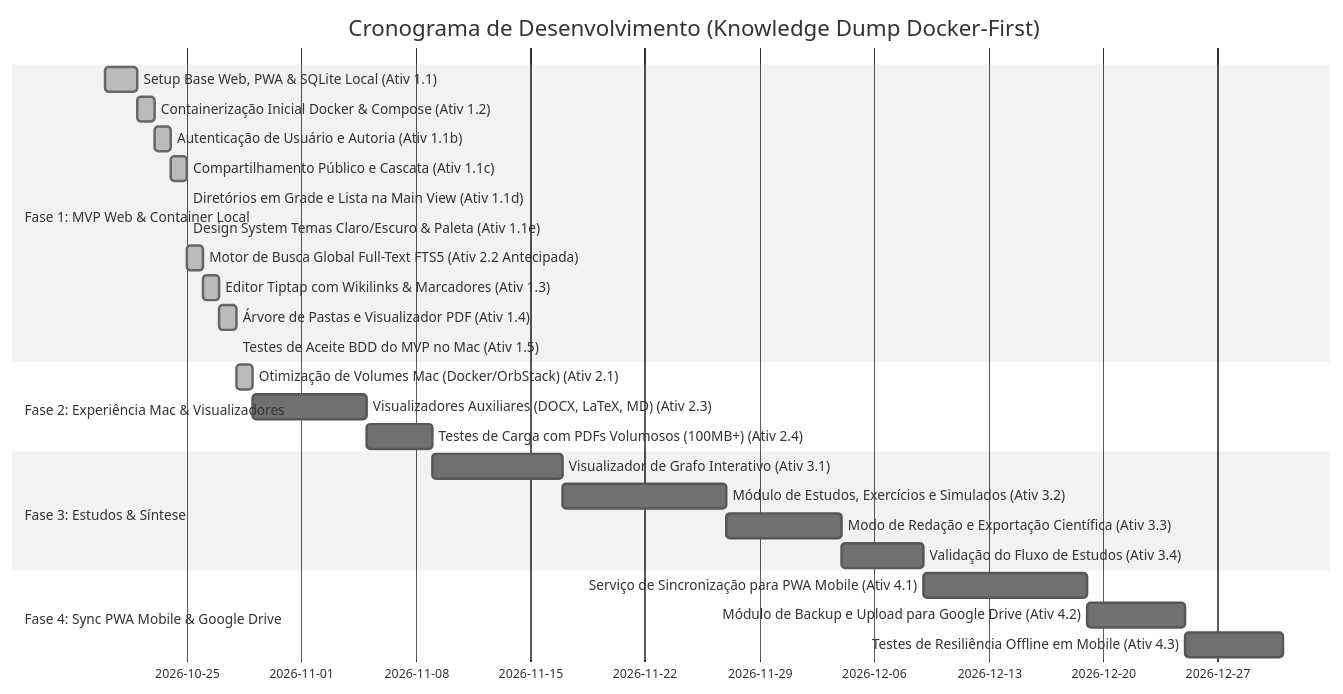
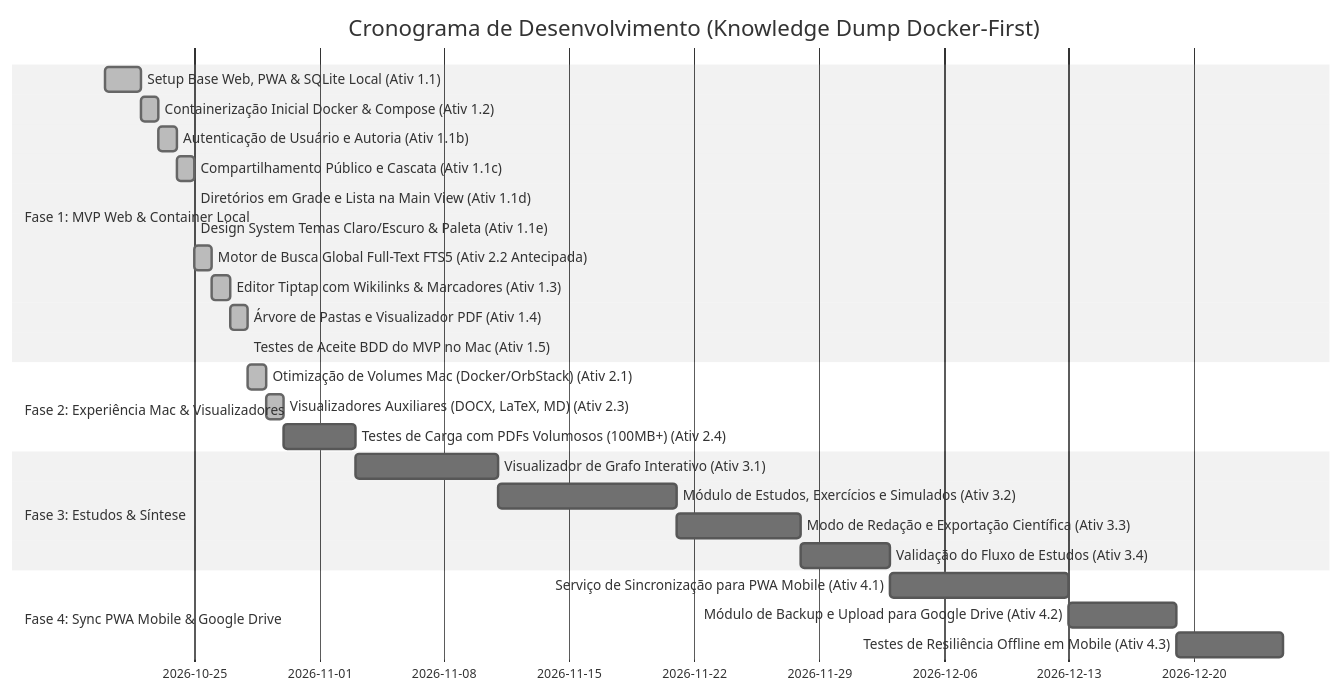
Before and after one commit to victor-reghini/knowledge-dump: the second of 2 diagrams in docs/arquitetura_e_roadmap.md, drawn with Mermaid (neutral theme). The commit also changed other lines of this file and 14 other files, not shown here.

````diff
--- a/docs/arquitetura_e_roadmap.md
+++ b/docs/arquitetura_e_roadmap.md
@@ -56,32 +56,32 @@
 ```mermaid
 gantt
     title Cronograma de Desenvolvimento (Knowledge Dump Docker-First)
     dateFormat  YYYY-MM-DD
     section Fase 1: MVP Web & Container Local
     Setup Base Web, PWA & SQLite Local (Ativ 1.1)             :done, a1, 2026-10-20, 2026-10-22
     Containerização Inicial Docker & Compose (Ativ 1.2)        :done, a2, 2026-10-22, 2026-10-23
     Autenticação de Usuário e Autoria (Ativ 1.1b)              :done, a1b, 2026-10-23, 2026-10-24
     Compartilhamento Público e Cascata (Ativ 1.1c)             :done, a1c, 2026-10-24, 2026-10-25
     Diretórios em Grade e Lista na Main View (Ativ 1.1d)       :done, a1d, 2026-10-25, 2026-10-25
     Design System Temas Claro/Escuro & Paleta (Ativ 1.1e)      :done, a1e, 2026-10-25, 2026-10-25
     Motor de Busca Global Full-Text FTS5 (Ativ 2.2 Antecipada) :done, b2, 2026-10-25, 2026-10-26
     Editor Tiptap com Wikilinks & Marcadores (Ativ 1.3)        :done, a3, 2026-10-26, 2026-10-27
     Árvore de Pastas e Visualizador PDF (Ativ 1.4)             :done, a4, 2026-10-27, 2026-10-28
     Testes de Aceite BDD do MVP no Mac (Ativ 1.5)              :done, a5, 2026-10-28, 2026-10-28
 
     section Fase 2: Experiência Mac & Visualizadores
     Otimização de Volumes Mac (Docker/OrbStack) (Ativ 2.1)     :done, b1, 2026-10-28, 2026-10-29
-    Visualizadores Auxiliares (DOCX, LaTeX, MD) (Ativ 2.3)     :b3, after b1, 7d
+    Visualizadores Auxiliares (DOCX, LaTeX, MD) (Ativ 2.3)     :done, b3, 2026-10-29, 2026-10-30
     Testes de Carga com PDFs Volumosos (100MB+) (Ativ 2.4)     :b4, after b3, 4d
 
     section Fase 3: Estudos & Síntese
     Visualizador de Grafo Interativo (Ativ 3.1)                :c1, after b4, 8d
     Módulo de Estudos, Exercícios e Simulados (Ativ 3.2)       :c2, after c1, 10d
     Modo de Redação e Exportação Científica (Ativ 3.3)         :c3, after c2, 7d
     Validação do Fluxo de Estudos (Ativ 3.4)                   :c4, after c3, 5d
 
     section Fase 4: Sync PWA Mobile & Google Drive
     Serviço de Sincronização para PWA Mobile (Ativ 4.1)        :d1, after c4, 10d
     Módulo de Backup e Upload para Google Drive (Ativ 4.2)     :d2, after d1, 6d
     Testes de Resiliência Offline em Mobile (Ativ 4.3)         :d3, after d2, 6d
 ```
````
